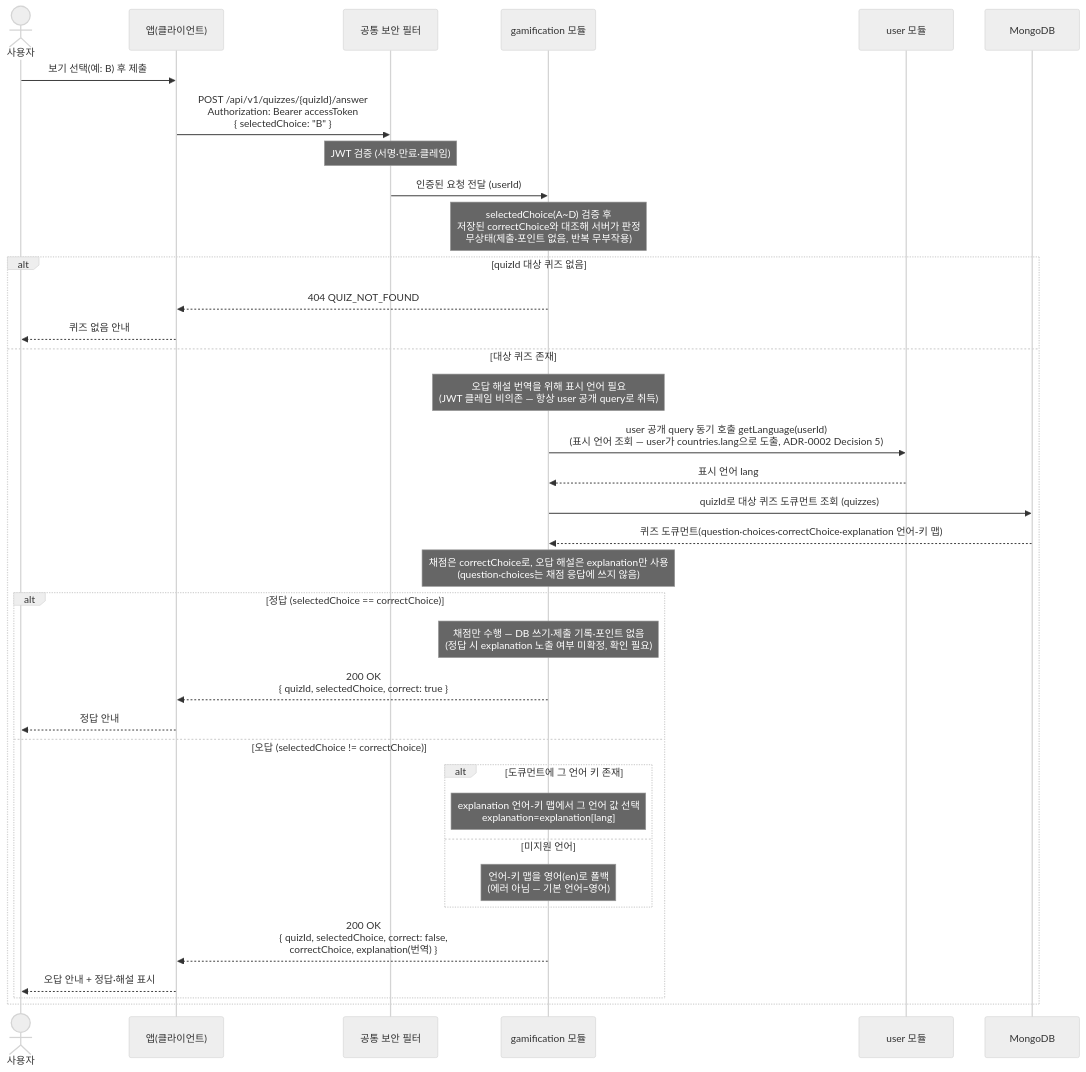
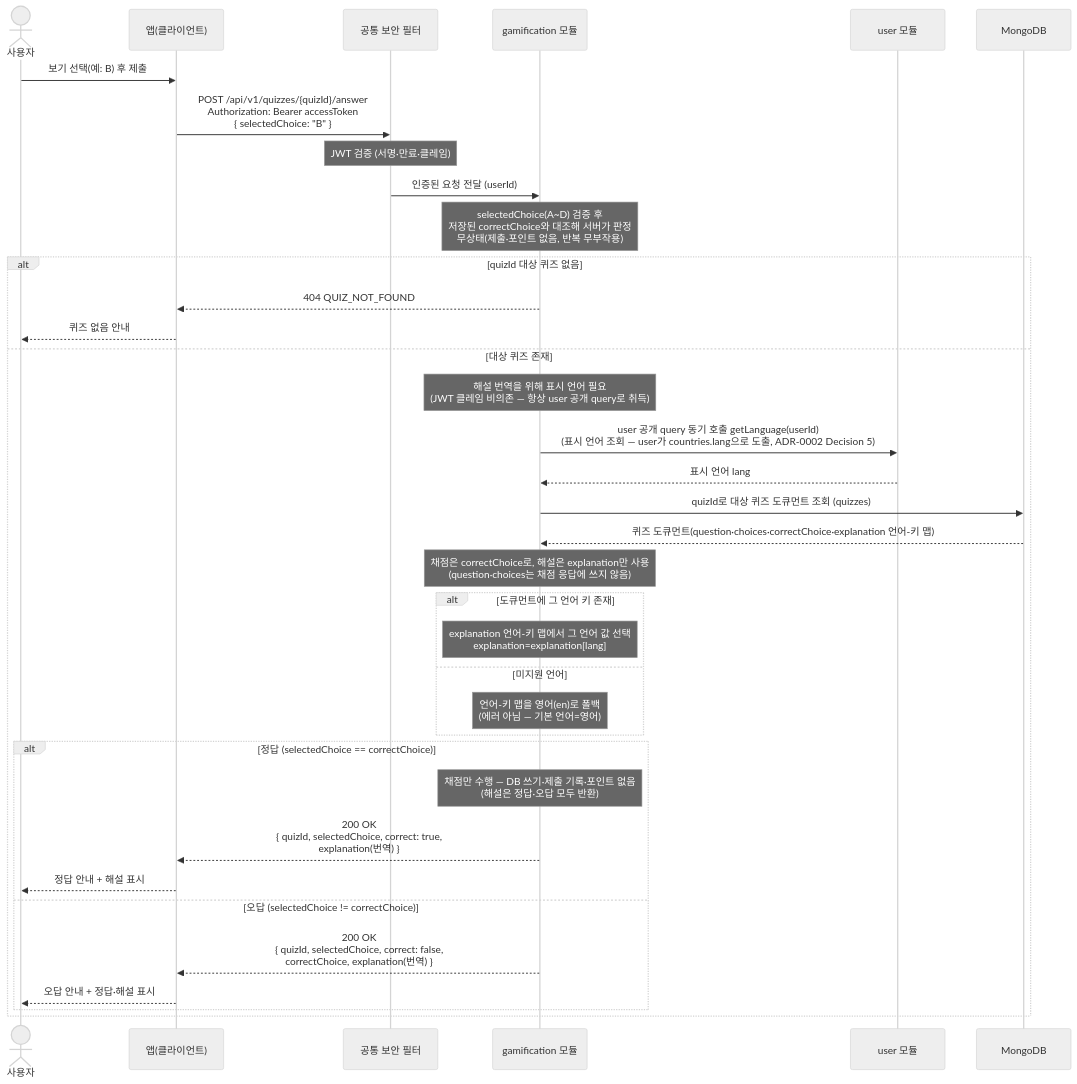
The diagram in docs/architecture/sequence-diagrams/06-gamification/us-6-2-quiz-answer.md (jameskim9509/Kohere-backend), drawn with Mermaid (neutral theme) before and after one commit. The commit also changed other lines of this file and 8 other files, not shown here.

````diff
--- a/docs/architecture/sequence-diagrams/06-gamification/us-6-2-quiz-answer.md
+++ b/docs/architecture/sequence-diagrams/06-gamification/us-6-2-quiz-answer.md
@@ -5,41 +5,42 @@
 ```mermaid
 sequenceDiagram
     actor U as 사용자
     participant C as 앱(클라이언트)
     participant SEC as 공통 보안 필터
     participant GAME as gamification 모듈
     participant USER as user 모듈
     participant DB as MongoDB
 
     U->>C: 보기 선택(예: B) 후 제출
     C->>SEC: POST /api/v1/quizzes/{quizId}/answer<br/>Authorization: Bearer accessToken<br/>{ selectedChoice: "B" }
     Note over SEC: JWT 검증 (서명·만료·클레임)
     SEC->>GAME: 인증된 요청 전달 (userId)
     Note over GAME: selectedChoice(A~D) 검증 후<br/>저장된 correctChoice와 대조해 서버가 판정<br/>무상태(제출·포인트 없음, 반복 무부작용)
 
     alt quizId 대상 퀴즈 없음
         GAME-->>C: 404 QUIZ_NOT_FOUND
         C-->>U: 퀴즈 없음 안내
     else 대상 퀴즈 존재
-        Note over GAME: 오답 해설 번역을 위해 표시 언어 필요<br/>(JWT 클레임 비의존 — 항상 user 공개 query로 취득)
+        Note over GAME: 해설 번역을 위해 표시 언어 필요<br/>(JWT 클레임 비의존 — 항상 user 공개 query로 취득)
         GAME->>USER: user 공개 query 동기 호출 getLanguage(userId)<br/>(표시 언어 조회 — user가 countries.lang으로 도출, ADR-0002 Decision 5)
         USER-->>GAME: 표시 언어 lang
         GAME->>DB: quizId로 대상 퀴즈 도큐먼트 조회 (quizzes)
         DB-->>GAME: 퀴즈 도큐먼트(question·choices·correctChoice·explanation 언어-키 맵)
-        Note over GAME: 채점은 correctChoice로, 오답 해설은 explanation만 사용<br/>(question·choices는 채점 응답에 쓰지 않음)
+        Note over GAME: 채점은 correctChoice로, 해설은 explanation만 사용<br/>(question·choices는 채점 응답에 쓰지 않음)
+
+        alt 도큐먼트에 그 언어 키 존재
+            Note over GAME: explanation 언어-키 맵에서 그 언어 값 선택<br/>explanation=explanation[lang]
+        else 미지원 언어
+            Note over GAME: 언어-키 맵을 영어(en)로 폴백<br/>(에러 아님 — 기본 언어=영어)
+        end
 
         alt 정답 (selectedChoice == correctChoice)
-            Note over GAME: 채점만 수행 — DB 쓰기·제출 기록·포인트 없음<br/>(정답 시 explanation 노출 여부 미확정, 확인 필요)
-            GAME-->>C: 200 OK<br/>{ quizId, selectedChoice, correct: true }
-            C-->>U: 정답 안내
+            Note over GAME: 채점만 수행 — DB 쓰기·제출 기록·포인트 없음<br/>(해설은 정답·오답 모두 반환)
+            GAME-->>C: 200 OK<br/>{ quizId, selectedChoice, correct: true,<br/>explanation(번역) }
+            C-->>U: 정답 안내 + 해설 표시
         else 오답 (selectedChoice != correctChoice)
-            alt 도큐먼트에 그 언어 키 존재
-                Note over GAME: explanation 언어-키 맵에서 그 언어 값 선택<br/>explanation=explanation[lang]
-            else 미지원 언어
-                Note over GAME: 언어-키 맵을 영어(en)로 폴백<br/>(에러 아님 — 기본 언어=영어)
-            end
             GAME-->>C: 200 OK<br/>{ quizId, selectedChoice, correct: false,<br/>correctChoice, explanation(번역) }
             C-->>U: 오답 안내 + 정답·해설 표시
         end
     end
 ```
````
